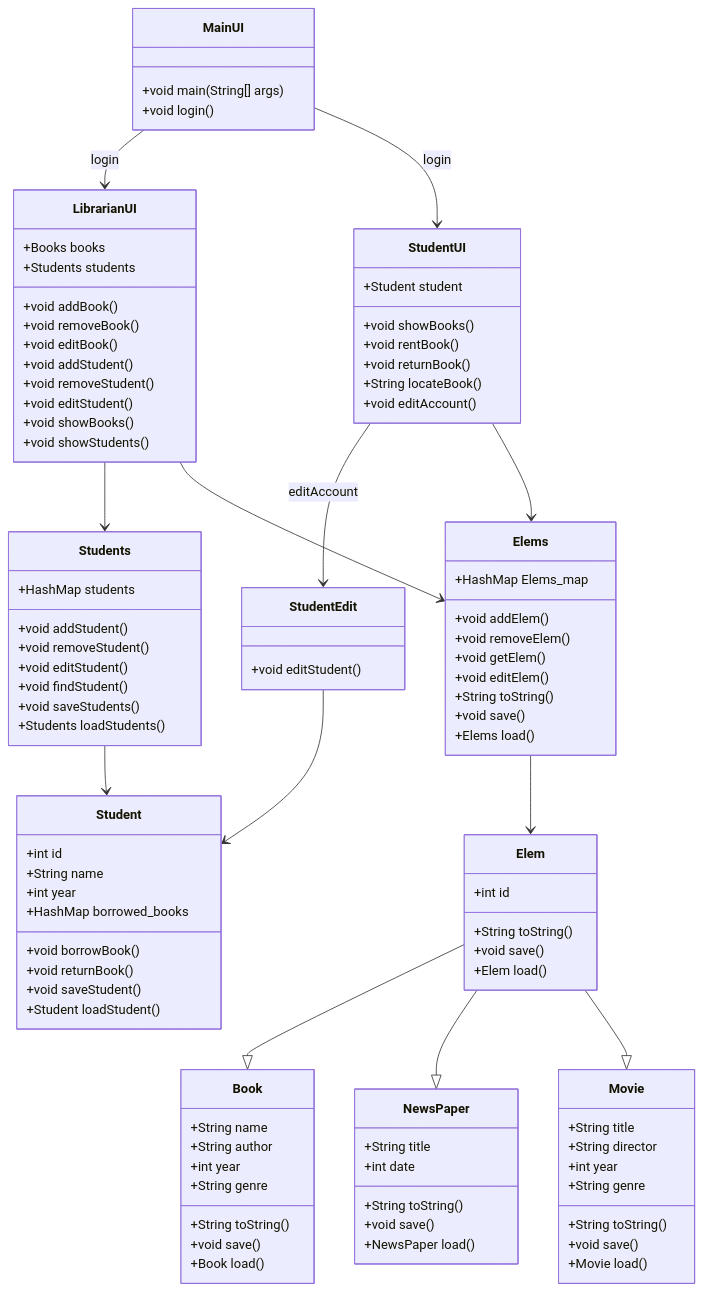
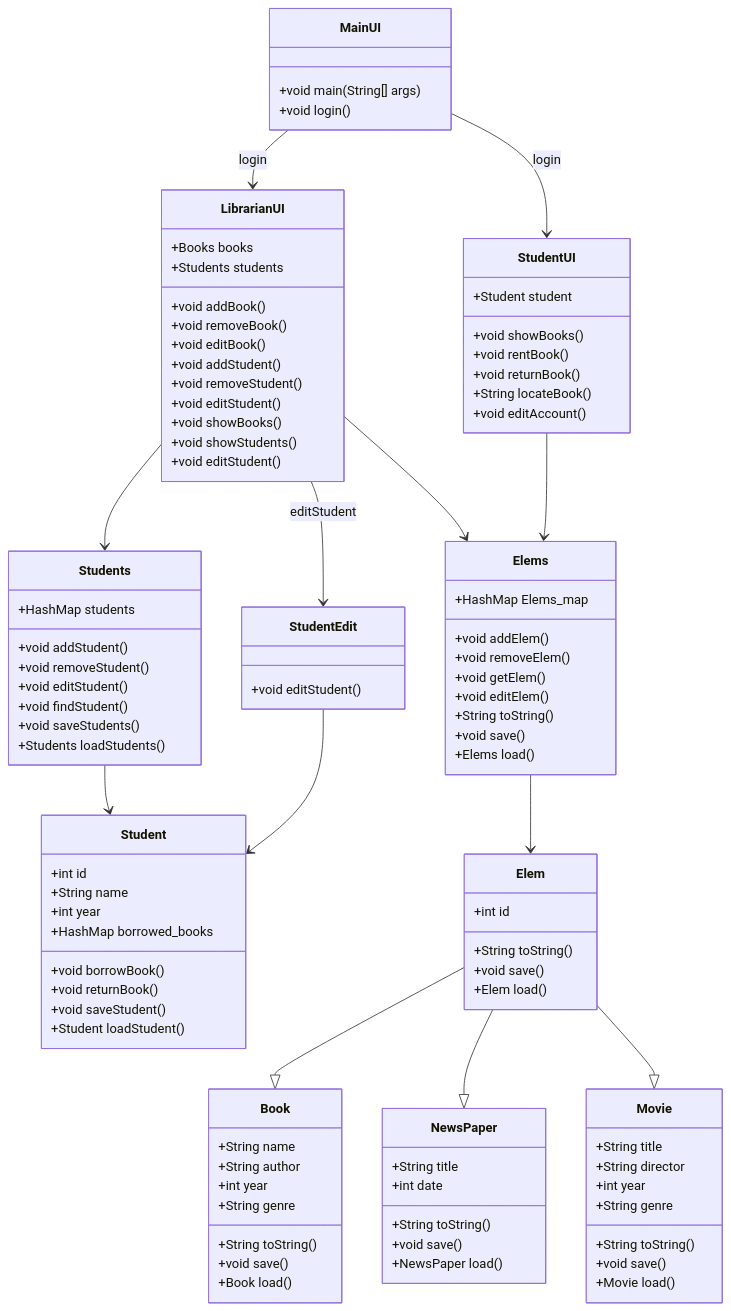
One commit to PatrykFlama/LibrarySystem changed the diagram in README.md. Above: the diagram before and after it, drawn with Mermaid.

Commit message:
class dependency update

```diff
--- a/README.md
+++ b/README.md
@@ -12,7 +12,7 @@
     MainUI --> LibrarianUI : login
     MainUI --> StudentUI : login
     LibrarianUI --> Students
-    StudentUI --> StudentEdit : editAccount
+    LibrarianUI --> StudentEdit : editStudent
     Students --> Student
     StudentEdit --> Student
     StudentUI --> Elems
@@ -38,6 +38,7 @@
         +void editStudent()
         +void showBooks()
         +void showStudents()
+        +void editStudent()
     }
     class StudentUI{
         +Student student
```
